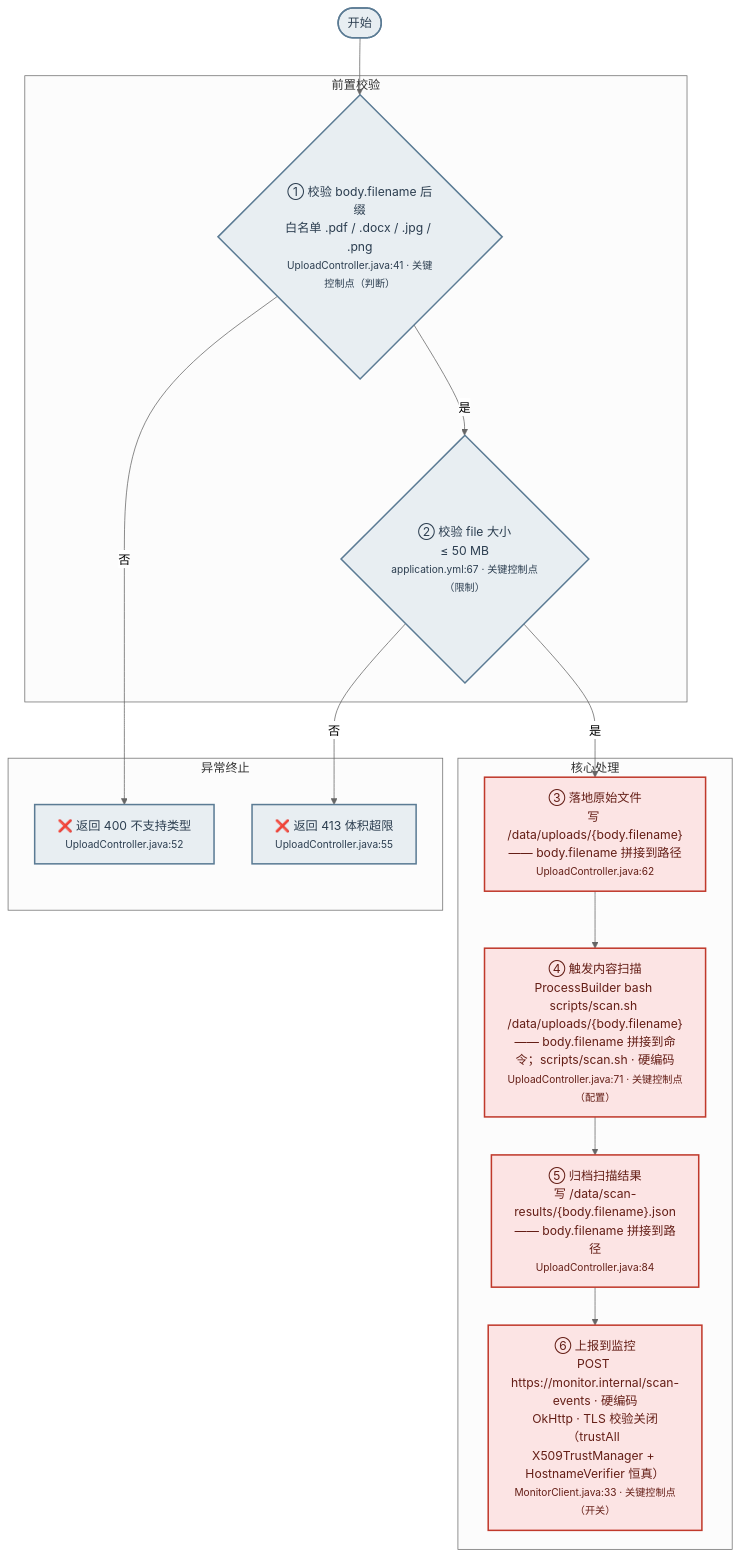
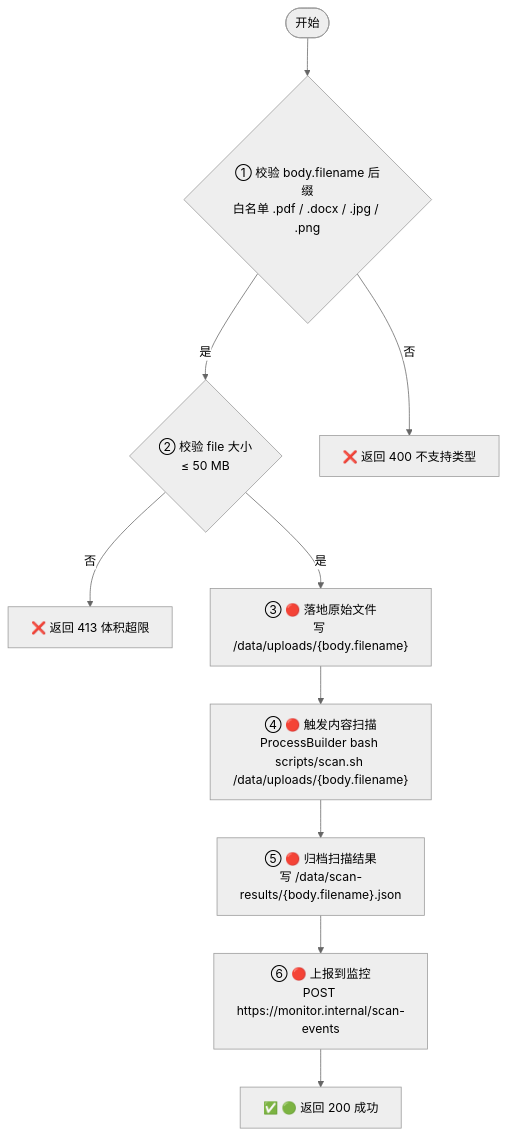
One commit to gcf0082/biz-flow-recon changed the diagram in .opencode/skills/biz-flow-recon/templates/default.md. Above: the diagram before and after it, drawn with Mermaid (neutral theme). The commit also changed other lines of this file and 11 other files, not shown here.

First line of the commit message:
流程图简化：去子图/颜色，用 🔴🟡🟢 emoji 标记观测优先级

````diff
--- a/.opencode/skills/biz-flow-recon/templates/default.md
+++ b/.opencode/skills/biz-flow-recon/templates/default.md
@@ -46,39 +45,23 @@
 ```mermaid
 flowchart TD
-    START([开始]) --> CHECK_EXT
+    START([开始])
+    CHECK_EXT{"① 校验 body.filename 后缀<br/>白名单 .pdf / .docx / .jpg / .png"}
+    CHECK_SIZE{"② 校验 file 大小<br/>≤ 50 MB"}
+    REJECT_EXT["❌ 返回 400 不支持类型"]
+    REJECT_SIZE["❌ 返回 413 体积超限"]
+    WRITE["③ 🔴 落地原始文件<br/>写 /data/uploads/{body.filename}"]
+    SCAN["④ 🔴 触发内容扫描<br/>ProcessBuilder bash scripts/scan.sh /data/uploads/{body.filename}"]
+    ARCHIVE["⑤ 🔴 归档扫描结果<br/>写 /data/scan-results/{body.filename}.json"]
+    REPORT["⑥ 🔴 上报到监控<br/>POST https://monitor.internal/scan-events"]
+    RESPONSE["✅ 🟢 返回 200 成功"]
 
-    subgraph 前置校验
-        CHECK_EXT{"① 校验 body.filename 后缀<br/>白名单 .pdf / .docx / .jpg / .png<br/><small>UploadController.java:41 · 关键控制点（判断）</small>"}
-        CHECK_SIZE{"② 校验 file 大小<br/>≤ 50 MB<br/><small>application.yml:67 · 关键控制点（限制）</small>"}
-    end
-
-    subgraph 异常终止
-        REJECT_EXT["❌ 返回 400 不支持类型<br/><small>UploadController.java:52</small>"]
-        REJECT_SIZE["❌ 返回 413 体积超限<br/><small>UploadController.java:55</small>"]
-    end
-
-    subgraph 核心处理
-        WRITE["③ 落地原始文件<br/>写 /data/uploads/{body.filename}<br/>—— body.filename 拼接到路径<br/><small>UploadController.java:62</small>"]
-        SCAN["④ 触发内容扫描<br/>ProcessBuilder bash scripts/scan.sh /data/uploads/{body.filename}<br/>—— body.filename 拼接到命令；scripts/scan.sh · 硬编码<br/><small>UploadController.java:71 · 关键控制点（配置）</small>"]
-        ARCHIVE["⑤ 归档扫描结果<br/>写 /data/scan-results/{body.filename}.json<br/>—— body.filename 拼接到路径<br/><small>UploadController.java:84</small>"]
-        REPORT["⑥ 上报到监控<br/>POST https://monitor.internal/scan-events · 硬编码<br/>OkHttp · TLS 校验关闭（trustAll X509TrustManager + HostnameVerifier 恒真）<br/><small>MonitorClient.java:33 · 关键控制点（开关）</small>"]
-    end
-
+    START --> CHECK_EXT
     CHECK_EXT -->|否| REJECT_EXT
     CHECK_EXT -->|是| CHECK_SIZE
     CHECK_SIZE -->|否| REJECT_SIZE
     CHECK_SIZE -->|是| WRITE
     WRITE --> SCAN
     SCAN --> ARCHIVE
     ARCHIVE --> REPORT
-
-    style START fill:#E8EEF2,stroke:#5B7B94,stroke-width:2px,color:#2C3E50
-    style CHECK_EXT fill:#E8EEF2,stroke:#5B7B94,stroke-width:2px,color:#2C3E50
-    style CHECK_SIZE fill:#E8EEF2,stroke:#5B7B94,stroke-width:2px,color:#2C3E50
-    style REJECT_EXT fill:#E8EEF2,stroke:#5B7B94,stroke-width:2px,color:#2C3E50
-    style REJECT_SIZE fill:#E8EEF2,stroke:#5B7B94,stroke-width:2px,color:#2C3E50
-    style WRITE fill:#FCE4E4,stroke:#C0392B,stroke-width:2px,color:#641E16
-    style SCAN fill:#FCE4E4,stroke:#C0392B,stroke-width:2px,color:#641E16
-    style ARCHIVE fill:#FCE4E4,stroke:#C0392B,stroke-width:2px,color:#641E16
-    style REPORT fill:#FCE4E4,stroke:#C0392B,stroke-width:2px,color:#641E16
+    REPORT --> RESPONSE
 ```
````
